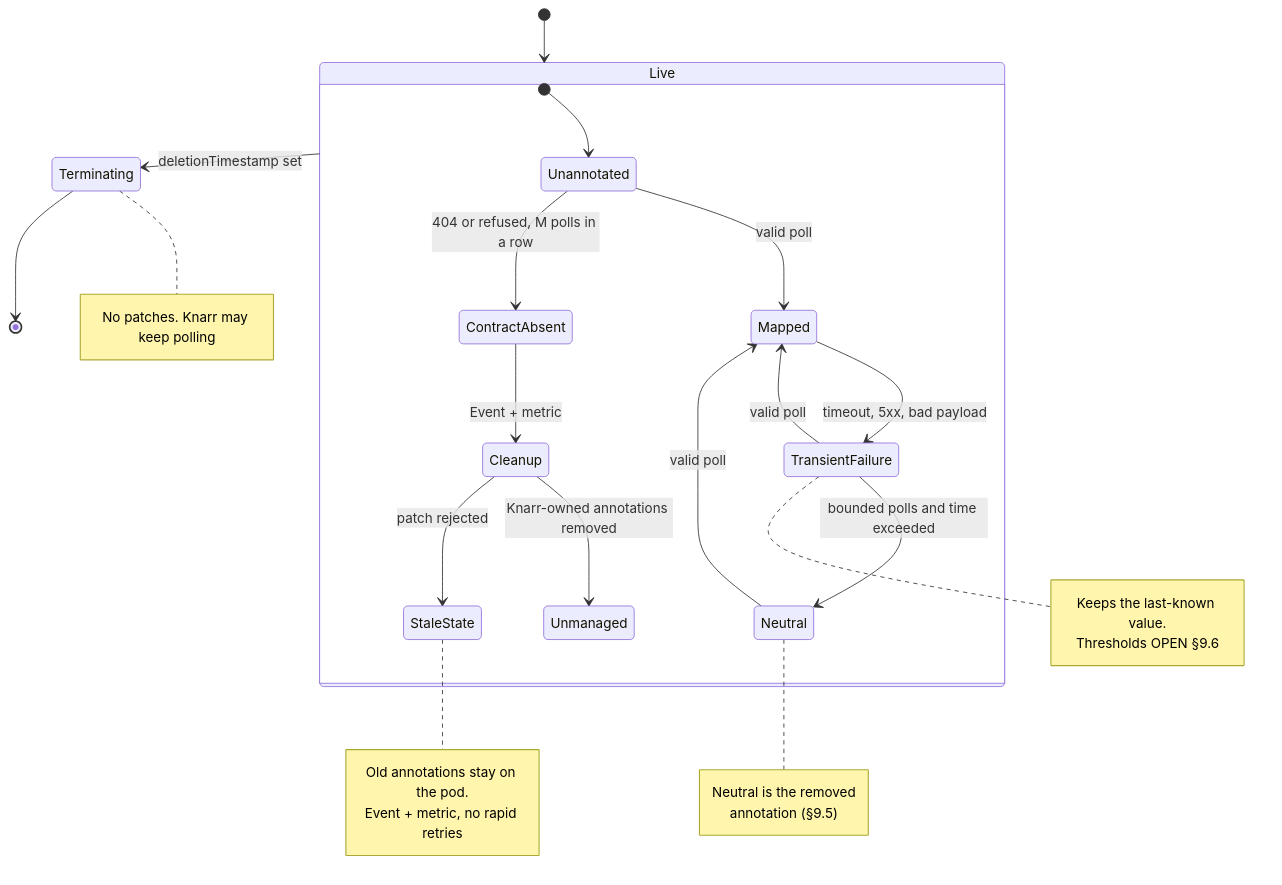
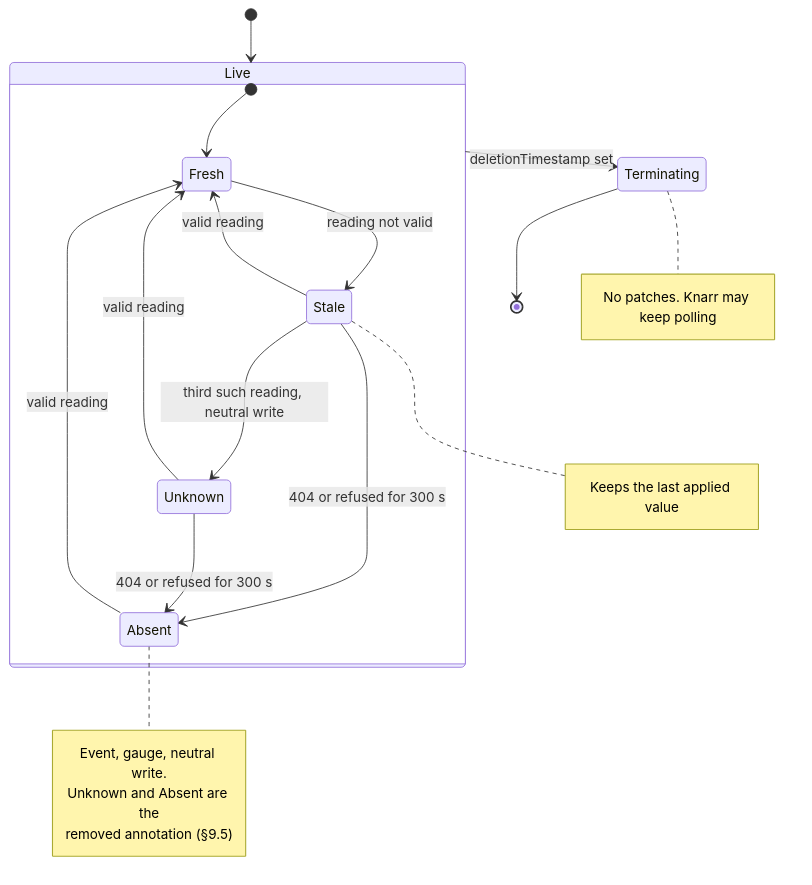
Before and after one commit to BiscuitBin/knarr: the fifth of 10 diagrams in docs/OVERVIEW.md, drawn with Mermaid. The commit also changed other lines of this file and 20 other files, not shown here.

````diff
--- a/docs/OVERVIEW.md
+++ b/docs/OVERVIEW.md
@@ -255,33 +255,27 @@
 ```mermaid
 stateDiagram-v2
     [*] --> Live
     state Live {
-        [*] --> Unannotated
-        Unannotated --> Mapped : valid poll
-        Unannotated --> ContractAbsent : 404 or refused, M polls in a row
-        Mapped --> TransientFailure : timeout, 5xx, bad payload
-        TransientFailure --> Mapped : valid poll
-        TransientFailure --> Neutral : bounded polls and time exceeded
-        Neutral --> Mapped : valid poll
-        ContractAbsent --> Cleanup : Event + metric
-        Cleanup --> Unmanaged : Knarr-owned annotations removed
-        Cleanup --> StaleState : patch rejected
-        note right of TransientFailure
-            Keeps the last-known value.
-            Thresholds OPEN §9.6
+        [*] --> Fresh
+        Fresh --> Stale : reading not valid
+        Stale --> Fresh : valid reading
+        Stale --> Unknown : third such reading, neutral write
+        Unknown --> Fresh : valid reading
+        Stale --> Absent : 404 or refused for 300 s
+        Unknown --> Absent : 404 or refused for 300 s
+        Absent --> Fresh : valid reading
+        note right of Stale
+            Keeps the last applied value
         end note
-        note right of Neutral
-            Neutral is the removed
-            annotation (§9.5)
-        end note
-        note right of StaleState
-            Old annotations stay on the pod.
-            Event + metric, no rapid retries
+        note right of Absent
+            Event, gauge, neutral write.
+            Unknown and Absent are the
+            removed annotation (§9.5)
         end note
     }
     Live --> Terminating : deletionTimestamp set
     note right of Terminating
         No patches. Knarr may keep polling
     end note
     Terminating --> [*]
 ```
````
